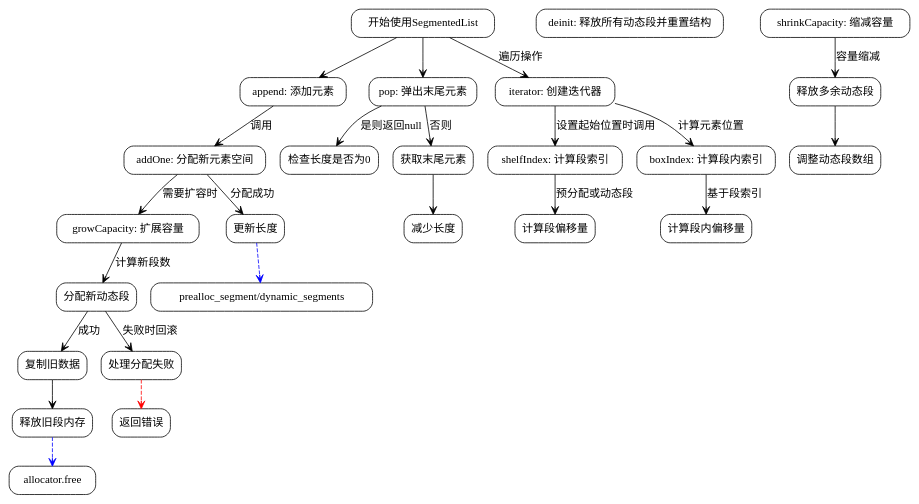
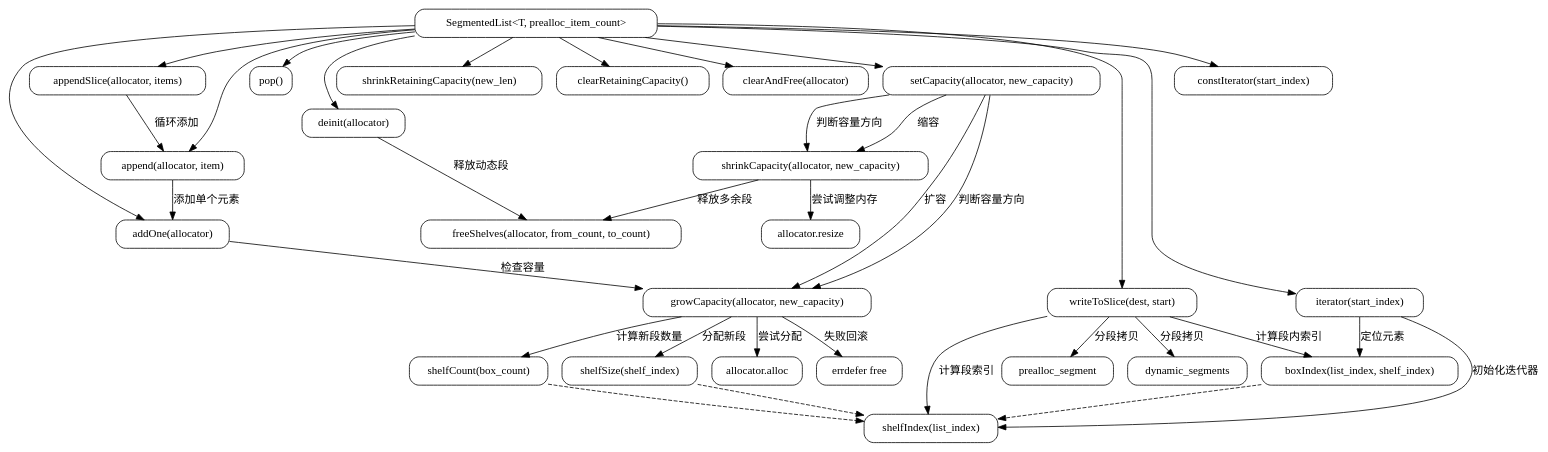
One commit to sdzx-1/deepseek-zig-reader changed the diagram in dot_std/segmented_list.zig.SegmentedList.md. Above: the diagram before and after it, drawn with Graphviz. The commit also changed other lines of this file and 236 other files, not shown here.

````diff
--- a/dot_std/segmented_list.zig.SegmentedList.md
+++ b/dot_std/segmented_list.zig.SegmentedList.md
@@ -27,53 +21,70 @@
-```dot
-digraph SegmentedListFlow {
+```graphviz
+digraph SegmentedList {
     node [shape=rectangle, style=rounded];
-    edge [arrowhead=vee];
 
-    // 主要函数和流程
-    start [label="开始使用SegmentedList"];
-    deinit [label="deinit: 释放所有动态段并重置结构"];
-    append [label="append: 添加元素"];
-    addOne [label="addOne: 分配新元素空间"];
-    growCapacity [label="growCapacity: 扩展容量"];
-    shrinkCapacity [label="shrinkCapacity: 缩减容量"];
-    pop [label="pop: 弹出末尾元素"];
-    iterator [label="iterator: 创建迭代器"];
-    shelfIndex [label="shelfIndex: 计算段索引"];
-    boxIndex [label="boxIndex: 计算段内索引"];
+    // 主要结构和方法
+    SegmentedList [label="SegmentedList<T, prealloc_item_count>"];
+    deinit [label="deinit(allocator)"];
+    append [label="append(allocator, item)"];
+    appendSlice [label="appendSlice(allocator, items)"];
+    pop [label="pop()"];
+    addOne [label="addOne(allocator)"];
+    shrinkRetainingCapacity [label="shrinkRetainingCapacity(new_len)"];
+    clearRetainingCapacity [label="clearRetainingCapacity()"];
+    clearAndFree [label="clearAndFree(allocator)"];
+    setCapacity [label="setCapacity(allocator, new_capacity)"];
+    growCapacity [label="growCapacity(allocator, new_capacity)"];
+    shrinkCapacity [label="shrinkCapacity(allocator, new_capacity)"];
+    writeToSlice [label="writeToSlice(dest, start)"];
+    iterator [label="iterator(start_index)"];
+    constIterator [label="constIterator(start_index)"];
+    freeShelves [label="freeShelves(allocator, from_count, to_count)"];
+    shelfCount [label="shelfCount(box_count)"];
+    shelfSize [label="shelfSize(shelf_index)"];
+    shelfIndex [label="shelfIndex(list_index)"];
+    boxIndex [label="boxIndex(list_index, shelf_index)"];
 
-    // 逻辑关系
-    start -> append;
-    start -> pop;
-    start -> iterator [label="遍历操作"];
+    // 结构体初始化关系
+    SegmentedList -> deinit;
+    SegmentedList -> append;
+    SegmentedList -> appendSlice;
+    SegmentedList -> pop;
+    SegmentedList -> addOne;
+    SegmentedList -> shrinkRetainingCapacity;
+    SegmentedList -> clearRetainingCapacity;
+    SegmentedList -> clearAndFree;
+    SegmentedList -> setCapacity;
+    SegmentedList -> writeToSlice;
+    SegmentedList -> iterator;
+    SegmentedList -> constIterator;
 
-    append -> addOne [label="调用"];
-    addOne -> growCapacity [label="需要扩容时"];
-    addOne -> "更新长度" [label="分配成功"];
+    // 方法调用关系
+    deinit -> freeShelves [label="释放动态段"];
+    append -> addOne [label="添加单个元素"];
+    addOne -> growCapacity [label="检查容量"];
+    appendSlice -> append [label="循环添加"];
+    setCapacity -> growCapacity [label="扩容"];
+    setCapacity -> shrinkCapacity [label="缩容"];
+    growCapacity -> shelfCount [label="计算新段数量"];
+    growCapacity -> shelfSize [label="分配新段"];
+    shrinkCapacity -> freeShelves [label="释放多余段"];
+    writeToSlice -> shelfIndex [label="计算段索引"];
+    writeToSlice -> boxIndex [label="计算段内索引"];
+    iterator -> shelfIndex [label="初始化迭代器"];
+    iterator -> boxIndex [label="定位元素"];
 
-    growCapacity -> "分配新动态段" [label="计算新段数"];
-    "分配新动态段" -> "复制旧数据" [label="成功"];
-    "复制旧数据" -> "释放旧段内存";
+    // 工具函数
+    shelfCount -> shelfIndex [style=dashed];
+    shelfSize -> shelfIndex [style=dashed];
+    boxIndex -> shelfIndex [style=dashed];
 
-    shrinkCapacity -> "释放多余动态段" [label="容量缩减"];
-    "释放多余动态段" -> "调整动态段数组";
+    // 条件分支示例（简化表示）
+    setCapacity -> {growCapacity, shrinkCapacity} [label="判断容量方向"];
+    writeToSlice -> {prealloc_segment, dynamic_segments} [label="分段拷贝"];
 
-    pop -> "检查长度是否为0" [label="是则返回null"];
-    pop -> "获取末尾元素" [label="否则"];
-    "获取末尾元素" -> "减少长度";
-
-    iterator -> shelfIndex [label="设置起始位置时调用"];
-    iterator -> boxIndex [label="计算元素位置"];
-
-    shelfIndex -> "计算段偏移量" [label="预分配或动态段"];
-    boxIndex -> "计算段内偏移量" [label="基于段索引"];
-
-    // 错误处理和资源管理
-    "分配新动态段" -> "处理分配失败" [label="失败时回滚"];
-    "处理分配失败" -> "返回错误" [style=dashed, color=red];
-
-    // 数据流标注
-    edge [style=dashed, color=blue];
-    "更新长度" -> "prealloc_segment/dynamic_segments";
-    "释放旧段内存" -> "allocator.free";
+    // 错误处理（简化表示）
+    growCapacity -> "allocator.alloc" [label="尝试分配"];
+    growCapacity -> "errdefer free" [label="失败回滚"];
+    shrinkCapacity -> "allocator.resize" [label="尝试调整内存"];
 }
-``` 
+```
````
